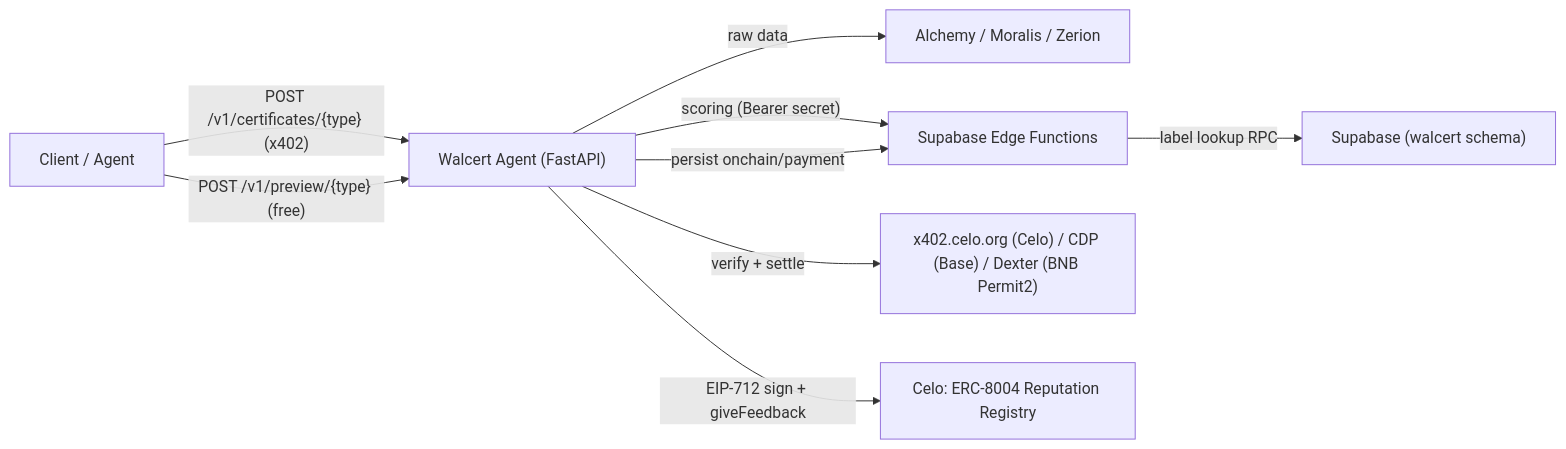
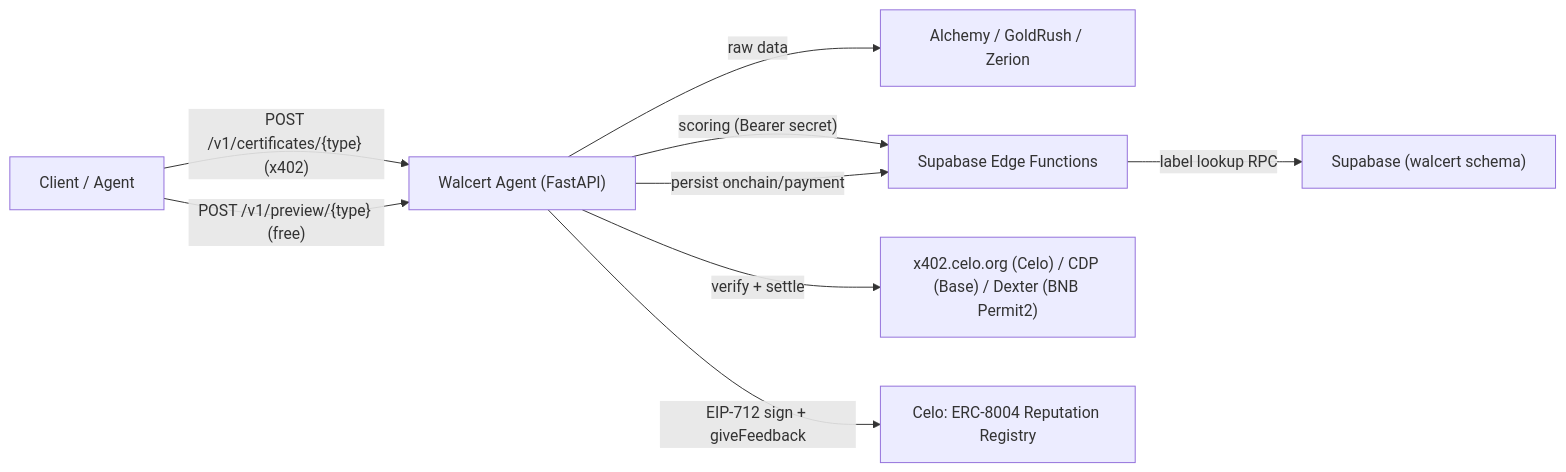
One commit to GlobalScoreAgent/walcert-agent changed the diagram in docs/deployment-guide.md. Above: the diagram before and after it, drawn with Mermaid. The commit also changed other lines of this file and 31 other files, not shown here.

First line of the commit message:
Promote public Multichain to GoldRush v2.1 and drop Moralis.

````diff
--- a/docs/deployment-guide.md
+++ b/docs/deployment-guide.md
@@ -18,11 +18,11 @@
 ```mermaid
 flowchart LR
   Client["Client / Agent"] -->|"POST /v1/certificates/{type} (x402)"| Agent["Walcert Agent (FastAPI)"]
   Client -->|"POST /v1/preview/{type} (free)"| Agent
-  Agent -->|"raw data"| Providers["Alchemy / Moralis / Zerion"]
+  Agent -->|"raw data"| Providers["Alchemy / GoldRush / Zerion"]
   Agent -->|"scoring (Bearer secret)"| Edge["Supabase Edge Functions"]
   Edge -->|"label lookup RPC"| DB["Supabase (walcert schema)"]
   Agent -->|"verify + settle"| Facilitator["x402.celo.org (Celo) / CDP (Base) / Dexter (BNB Permit2)"]
   Agent -->|"EIP-712 sign + giveFeedback"| Celo["Celo: ERC-8004 Reputation Registry"]
   Agent -->|"persist onchain/payment"| Edge
 ```
````
